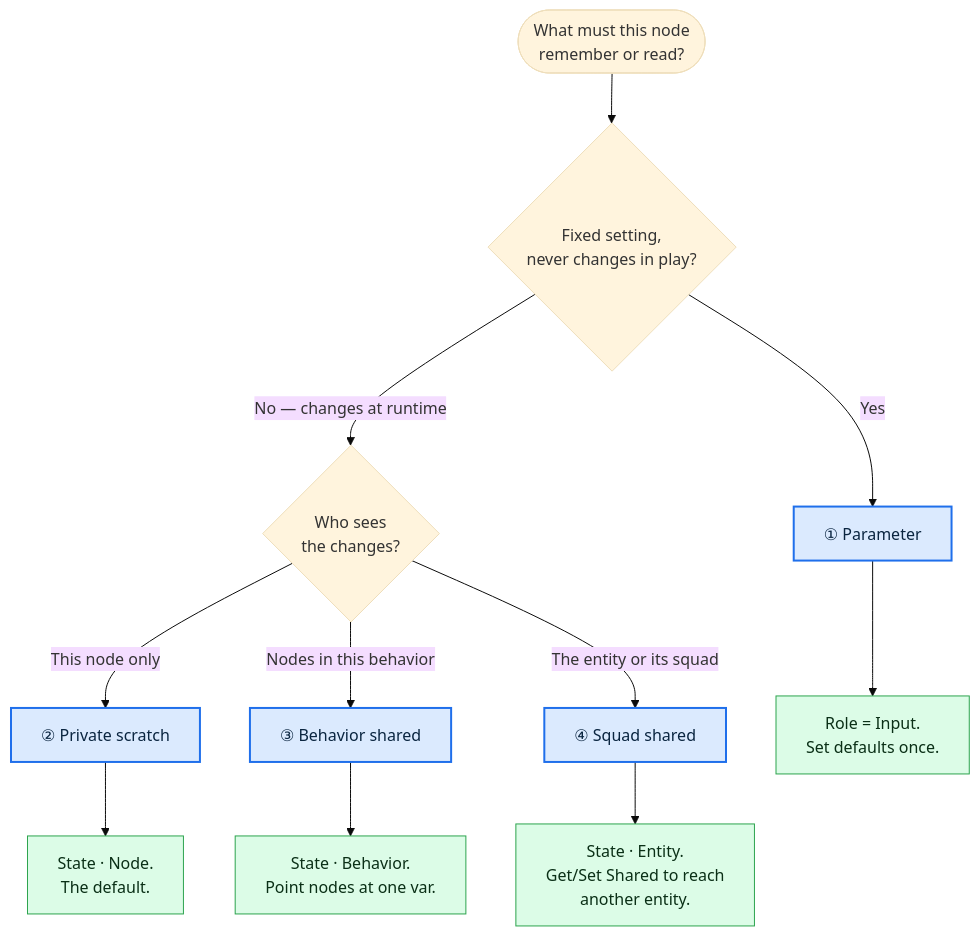
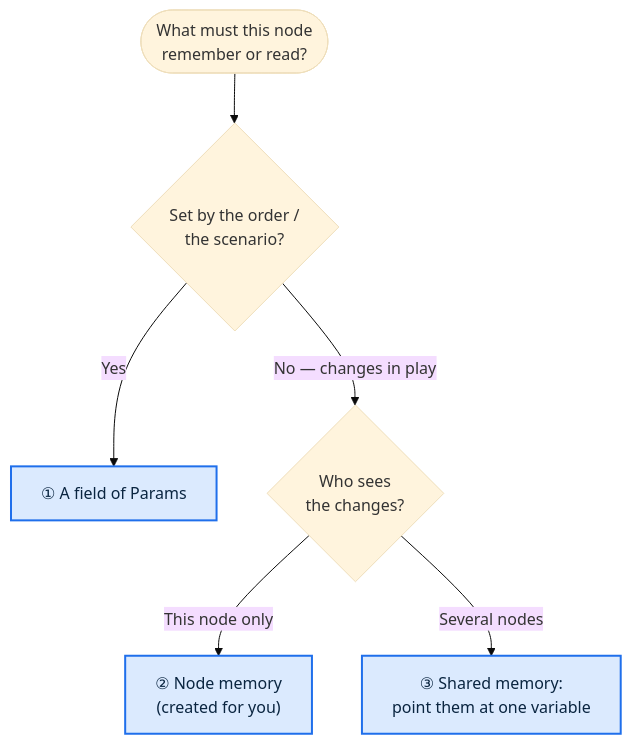
The diagram in docs/blueprints/Variables_Designer_Quickstart.md (pjanec/HROT), drawn with Mermaid (base theme) before and after one commit. The commit also changed other lines of this file and 112 other files, not shown here.

````diff
--- a/docs/blueprints/Variables_Designer_Quickstart.md
+++ b/docs/blueprints/Variables_Designer_Quickstart.md
@@ -31,21 +27,11 @@
 ```mermaid
 flowchart TD
-    Start(["What must this node<br/>remember or read?"]) --> Q1{"Fixed setting,<br/>never changes in play?"}
-
-    Q1 -->|Yes| PARAM["① Parameter"]
-    Q1 -->|"No — changes at runtime"| Q2{"Who sees<br/>the changes?"}
-
-    Q2 -->|This node only| PRIV["② Private scratch"]
-    Q2 -->|Nodes in this behavior| BEH["③ Behavior shared"]
-    Q2 -->|The entity or its squad| SQUAD["④ Squad shared"]
-
-    PARAM --> PARAMHOW["Role = Input.<br/>Set defaults once."]
-    PRIV --> PRIVHOW["State · Node.<br/>The default."]
-    BEH --> BEHHOW["State · Behavior.<br/>Point nodes at one var."]
-    SQUAD --> SQUADHOW["State · Entity.<br/>Get/Set Shared to reach<br/>another entity."]
+    Start(["What must this node<br/>remember or read?"]) --> Q1{"Set by the order /<br/>the scenario?"}
+    Q1 -->|Yes| PARAM["① A field of Params"]
+    Q1 -->|"No — changes in play"| Q2{"Who sees<br/>the changes?"}
+    Q2 -->|This node only| PRIV["② Node memory<br/>(created for you)"]
+    Q2 -->|Several nodes| BEH["③ Shared memory:<br/>point them at one variable"]
 
     classDef kind fill:#dbeafe,stroke:#1f6feb,stroke-width:2px,color:#0a2540;
-    classDef how fill:#dcfce7,stroke:#2da44e,color:#0a2f16;
-    class PARAM,PRIV,BEH,SQUAD kind;
-    class PARAMHOW,PRIVHOW,BEHHOW,SQUADHOW how;
+    class PARAM,PRIV,BEH kind;
 ```
````
